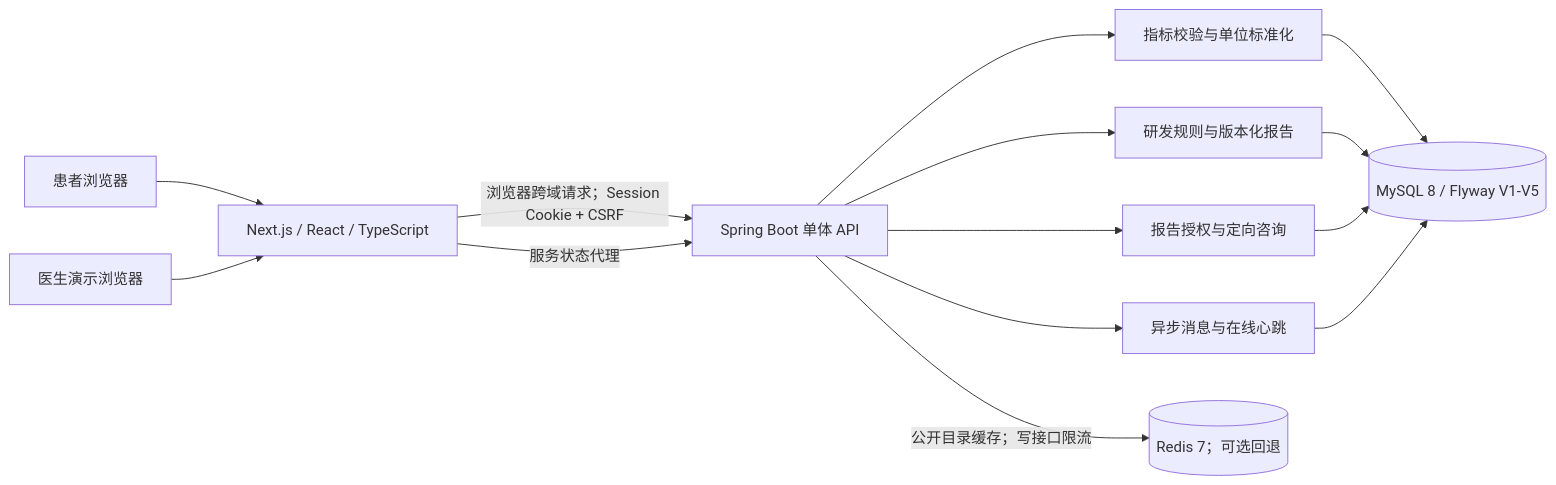
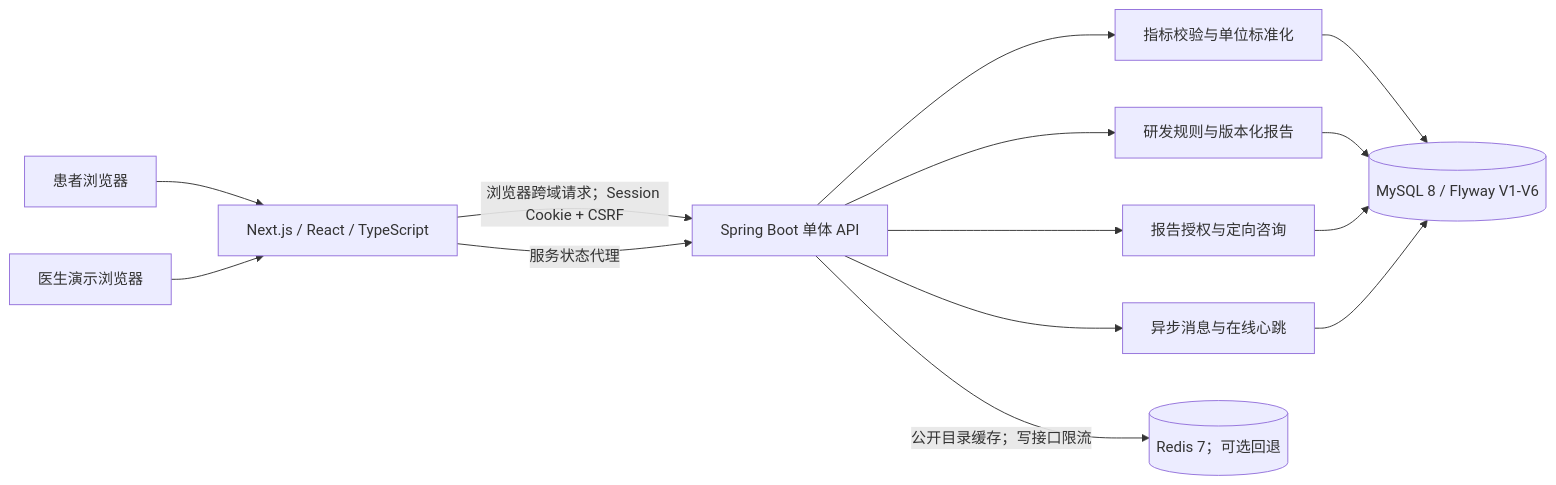
The diagram in docs/architecture.md (mxxx-account/JWZZ), drawn with Mermaid before and after one commit. The commit also changed 27 other files, not shown here.

````diff
--- a/docs/architecture.md
+++ b/docs/architecture.md
@@ -5,13 +5,13 @@
 ```mermaid
 flowchart LR
   U[患者浏览器] --> N[Next.js / React / TypeScript]
   D[医生演示浏览器] --> N
   N -->|浏览器跨域请求；Session Cookie + CSRF| A[Spring Boot 单体 API]
   N -->|服务状态代理| A
   A --> I[指标校验与单位标准化]
   A --> R[研发规则与版本化报告]
   A --> G[报告授权与定向咨询]
   A --> M[异步消息与在线心跳]
-  I & R & G & M --> SQL[(MySQL 8 / Flyway V1-V5)]
+  I & R & G & M --> SQL[(MySQL 8 / Flyway V1-V6)]
   A -->|公开目录缓存；写接口限流| REDIS[(Redis 7；可选回退)]
 ```
````
